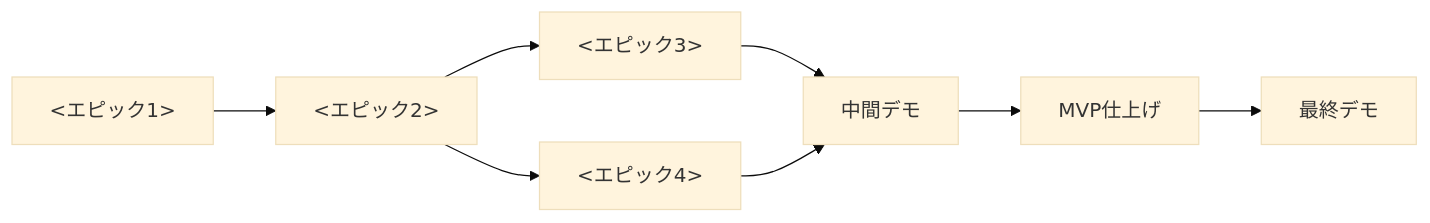
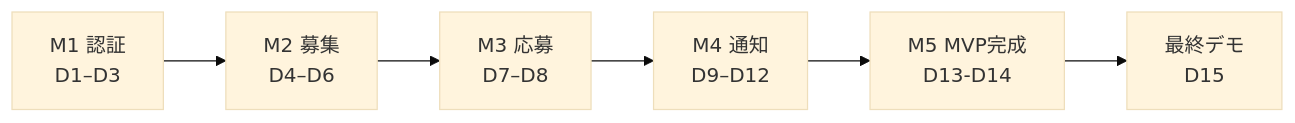
One commit to tnakamura0/team-development-matching changed the diagram in docs/kickoff.md. Above: the diagram before and after it, drawn with Mermaid (base theme). The commit also changed other lines of this file, not shown here.

````diff
--- a/docs/kickoff.md
+++ b/docs/kickoff.md
@@ -60,10 +56,8 @@
 ```mermaid
 flowchart LR
-  A["<エピック1><br><D1–D3>"] --> B["<エピック2><br><D4–D5>"]
-  B --> C["<エピック3><br><D6–D7>"]
-  B --> D["<エピック4><br><D6–D7>"]
-  C --> E["中間デモ<br><D8>"]
-  D --> E
-  E --> F["MVP仕上げ<br><D8–D9>"]
-  F --> G["最終デモ<br><D10>"]
+  A["M1 認証<br>D1–D3"] --> B["M2 募集<br>D4–D6"]
+  B --> C["M3 応募<br>D7–D8"]
+  C --> D["M4 通知<br>D9–D12"]
+  D --> E["M5 MVP完成<br>D13-D14"]
+  E --> F["最終デモ<br>D15"]
 ```
````
